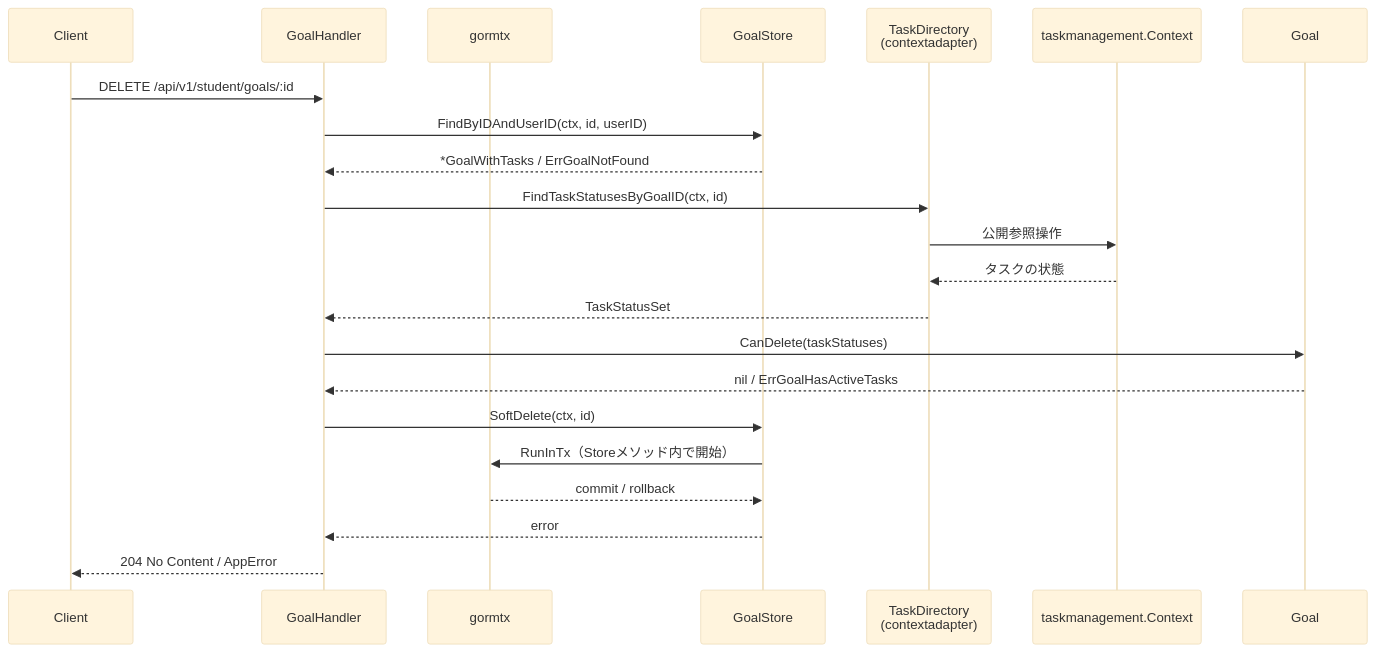
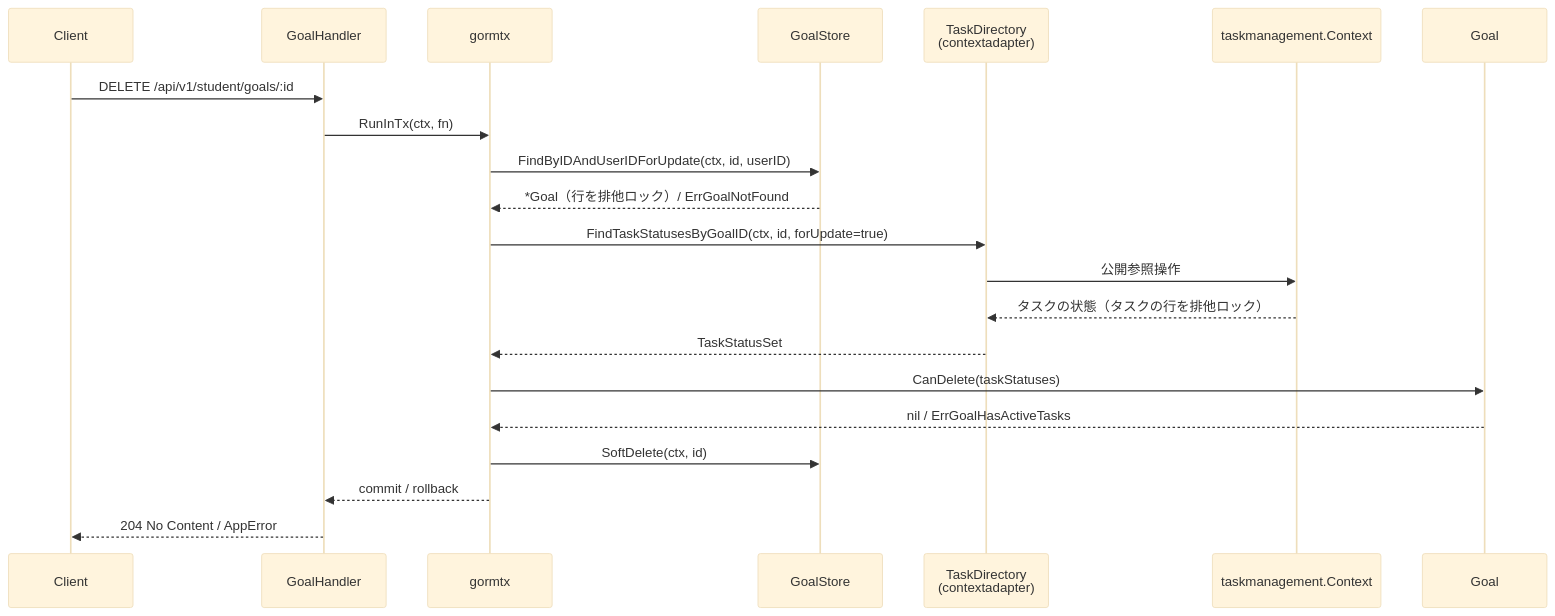
One commit to yuta20253/edu-platform-go-design changed the third of 7 diagrams in 計画書/Go実装仕様書/目標管理機能_Go実装仕様書.md. Above: the diagram before and after it, drawn with Mermaid (base theme). The commit also changed other lines of this file and 71 other files, not shown here.

````diff
--- a/計画書/Go実装仕様書/目標管理機能_Go実装仕様書.md
+++ b/計画書/Go実装仕様書/目標管理機能_Go実装仕様書.md
@@ -337,25 +338,24 @@
 ```mermaid
 sequenceDiagram
     participant C as Client
     participant H as GoalHandler
     participant TX as gormtx
     participant GS as GoalStore
     participant TD as TaskDirectory<br/>(contextadapter)
     participant TC as taskmanagement.Context
     participant G as Goal
 
     C->>H: DELETE /api/v1/student/goals/:id
-    H->>GS: FindByIDAndUserID(ctx, id, userID)
-    GS-->>H: *GoalWithTasks / ErrGoalNotFound
-    H->>TD: FindTaskStatusesByGoalID(ctx, id)
+    H->>TX: RunInTx(ctx, fn)
+    TX->>GS: FindByIDAndUserIDForUpdate(ctx, id, userID)
+    GS-->>TX: *Goal（行を排他ロック）/ ErrGoalNotFound
+    TX->>TD: FindTaskStatusesByGoalID(ctx, id, forUpdate=true)
     TD->>TC: 公開参照操作
-    TC-->>TD: タスクの状態
-    TD-->>H: TaskStatusSet
-    H->>G: CanDelete(taskStatuses)
-    G-->>H: nil / ErrGoalHasActiveTasks
-    H->>GS: SoftDelete(ctx, id)
-    GS->>TX: RunInTx（Storeメソッド内で開始）
-    TX-->>GS: commit / rollback
-    GS-->>H: error
+    TC-->>TD: タスクの状態（タスクの行を排他ロック）
+    TD-->>TX: TaskStatusSet
+    TX->>G: CanDelete(taskStatuses)
+    G-->>TX: nil / ErrGoalHasActiveTasks
+    TX->>GS: SoftDelete(ctx, id)
+    TX-->>H: commit / rollback
     H-->>C: 204 No Content / AppError
 ```
````
